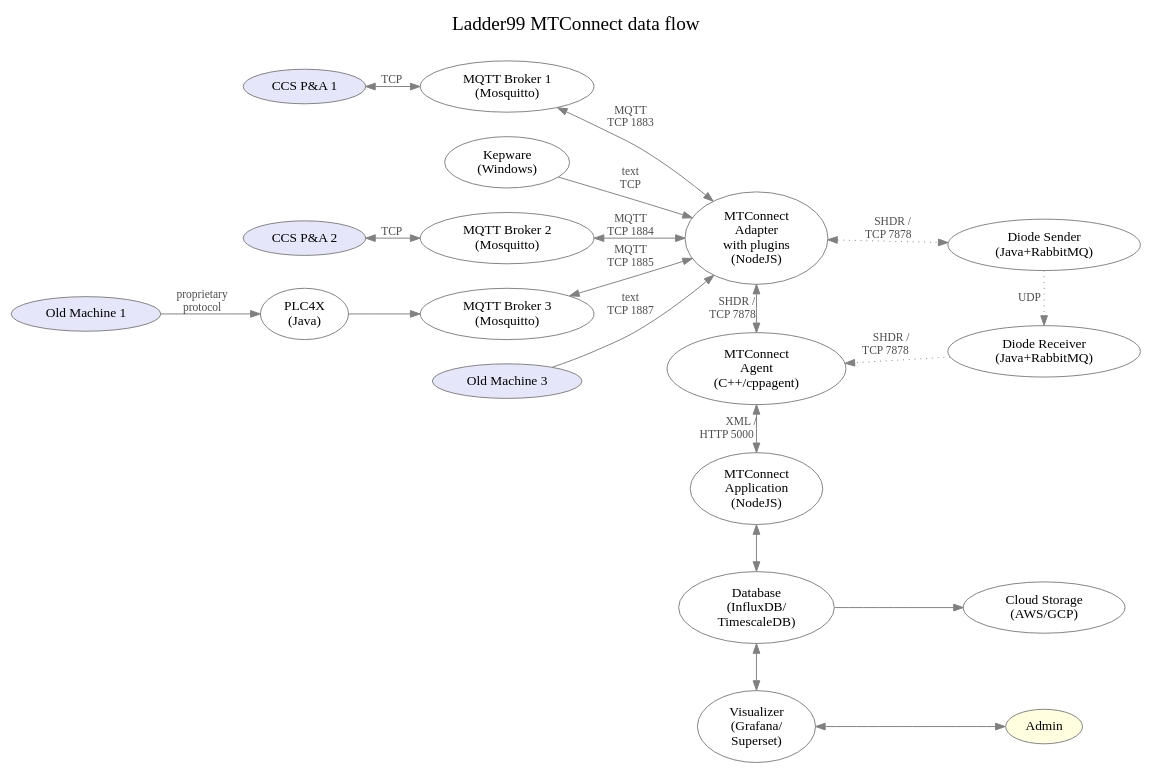
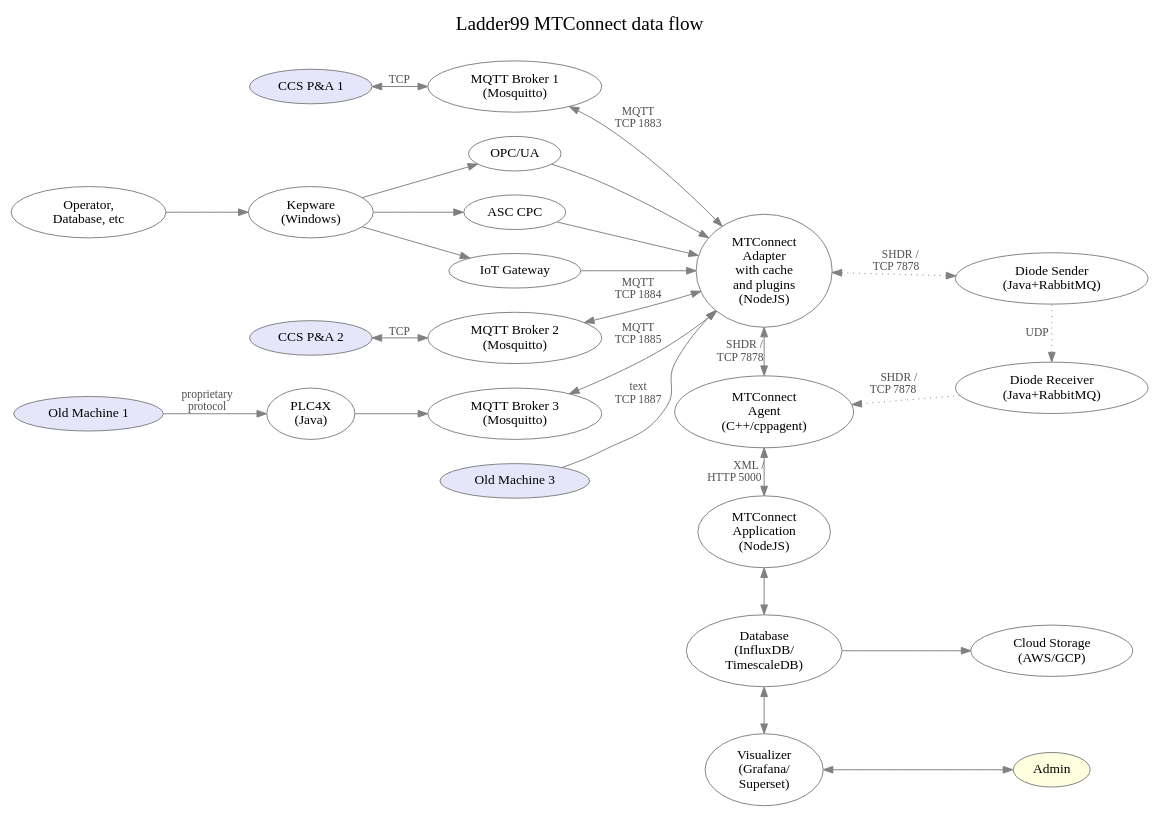
One commit to Ladder99/ladder99 changed the diagram in design/architecture.dot. Above: the diagram before and after it, drawn with Graphviz. The commit also changed 1 other file, not shown here.

```diff
--- a/design/architecture.dot
+++ b/design/architecture.dot
@@ -1,90 +1,101 @@
 digraph "ladder99-adapter" {
 
   // styles
   graph [ label="Ladder99 MTConnect data flow\n "; color=lightgray; ];
   graph [ fontsize=20 ];
   graph [ labelloc=t ];
   graph [ ranksep=0.2 ];
   graph [ nodesep=0.35 ];
   graph [ rankdir=LR; ] // left-to-right
   node [ color=gray; fillcolor=white; style=filled ];
   edge [ color=gray ];
   edge [ fontsize=12; fontcolor=gray30; ];
 
   // nodes
   PA1 [ fillcolor=lavender; label="CCS P&A 1" ];
   PA2 [ fillcolor=lavender; label="CCS P&A 2" ];
-  OldMachine [ fillcolor=lavender; label="Old Machine 1" ];
+  OldMachine1 [ fillcolor=lavender; label="Old Machine 1" ];
   PLC4X [ label="PLC4X\n(Java)" ];
   // OldMachine2 [ fillcolor=lavender; label="Old Machine 2" ];
+  Various [ label="Operator,\nDatabase, etc"];
   Kepware [ label="Kepware\n(Windows)"];
+  OPC [ label="OPC/UA" ];
+  CPC [ label="ASC CPC" ];
+  Gateway [ label="IoT Gateway"];
   Broker1 [ label="MQTT Broker 1\n(Mosquitto)" ];
   Broker2 [ label="MQTT Broker 2\n(Mosquitto)" ];
   Broker3 [ label="MQTT Broker 3\n(Mosquitto)" ];
   // Broker4 [ label="MQTT Broker 4\n(Mosquitto)" ];
   OldMachine3 [ fillcolor=lavender; label="Old Machine 3" ];
-  Adapter [ label="MTConnect\nAdapter\nwith plugins\n(NodeJS)" ];
+  Adapter [ label="MTConnect\nAdapter\nwith cache\nand plugins\n(NodeJS)" ];
   // Device1Sheet [ fillcolor=greenyellow; label="device1.sheet" ];
   // Device1Yaml [ fillcolor=greenyellow; label="device1.yaml" ];
   // Device1Js [ label="device1.js" ];
   // Device2Sheet [ fillcolor=greenyellow; label="device2.sheet" ];
   // Device2Yaml [ fillcolor=greenyellow; label="device2.yaml" ];
   // Device2Js [ label="device2.js" ];
   DiodeSender [ label="Diode Sender\n(Java+RabbitMQ)" ];
   DiodeReceiver [ label="Diode Receiver\n(Java+RabbitMQ)" ];
   // DevicesXml [ label="devices.xml" ];
   Agent [ label="MTConnect\nAgent\n(C++/cppagent)" ];
   Application [ label="MTConnect\nApplication\n(NodeJS)" ];
   Database [ label="Database\n(InfluxDB/\nTimescaleDB)" ];
   Visualizer [ label="Visualizer\n(Grafana/\nSuperset)" ];
   Cloud [ label="Cloud Storage\n(AWS/GCP)" ];
   Admin [ fillcolor=lightyellow ];
   // LOI [ label="LOI\n(SvelteJS)" ];
   // Operator [ fillcolor=lightyellow ];
 
   // edges
   PA1 -> Broker1 [ label="  TCP  ", dir=both ];
   // PA1 -> Kepware [ label="", dir=both ];
   PA2 -> Broker2 [ label="  TCP  ", dir=both ];
-  OldMachine -> PLC4X [ label="proprietary\nprotocol" ];
+  OldMachine1 -> PLC4X [ label="proprietary\nprotocol" ];
   PLC4X -> Broker3 [ label="" ];
   // OldMachine2 -> Kepware [ label="proprietary\nprotocol" ];
   // Kepware -> Broker4 [ label="TCP" ];
-  Kepware -> Adapter [ label="text\nTCP" ];
+  // Kepware -> Adapter [ label="text\nTCP" ];
+  Various -> Kepware;
+  Kepware -> OPC;
+  Kepware -> CPC;
+  Kepware -> Gateway;
+  OPC -> Adapter;
+  CPC -> Adapter;
+  Gateway -> Adapter;
   OldMachine3 -> Adapter [ label="text\nTCP 1887" ];
   Broker1 -> Adapter [ label="MQTT\nTCP 1883", dir=both ];
   Broker2 -> Adapter [ label="MQTT\nTCP 1884", dir=both ];
   Broker3 -> Adapter [ label="MQTT\nTCP 1885", dir=both ];
   // Broker4 -> Adapter [ label="MQTT\nTCP 1886", dir=both ];
   
   Adapter -> Agent [ label="SHDR /   \nTCP 7878      ", dir=both ];
 
   Adapter -> DiodeSender [ label="SHDR /   \nTCP 7878      ", dir=both, style=dotted ];
   DiodeSender -> DiodeReceiver [ label="UDP    ", style=dotted ];
   DiodeReceiver -> Agent [ label="SHDR /    \nTCP 7878        ", style=dotted ];
   
   // Device1Sheet -> Device1Yaml [ label="feeds into" ];
   // Device1Yaml -> Device1Js [ label="generates" ];
   // Device1Js -> Proxy1 [ label="used by" ];
   // Device2Sheet -> Device2Yaml [ label="feeds into" ];
   // Device2Yaml -> Device2Js [ label="generates" ];
   // Device2Js -> Proxy2 [ label="used by" ];
   // Device1Yaml -> DevicesXml [ label="generates" ];
   // Device2Yaml -> DevicesXml [ label="generates" ];
   // DiodeSender -> DiodeReceiver [ label="UDP    " ];
   // DiodeReceiver -> Agent [ label="SHDR /    \nTCP 7878        " ];
   // Adapter -> Agent [ label="SHDR/\nTCP 7878" ];
   // DevicesXml -> Agent [ label="used by" ];
   Agent -> Application [ dir=both; label="XML / \nHTTP 5000          " ];
   Application -> Database [ dir=both ];
   Database -> Visualizer [ dir=both ];
   Database -> Cloud;
   Visualizer -> Admin [ dir=both ];
   // Application -> LOI;
   // LOI -> Operator;
 
   // rank
   // { rank=same; DiodeSender DiodeReceiver Agent Application Database Visualizer };
   { rank=same; Adapter Agent Application Database Visualizer };
   { rank=same; DiodeSender DiodeReceiver Cloud Admin };
 }
```
